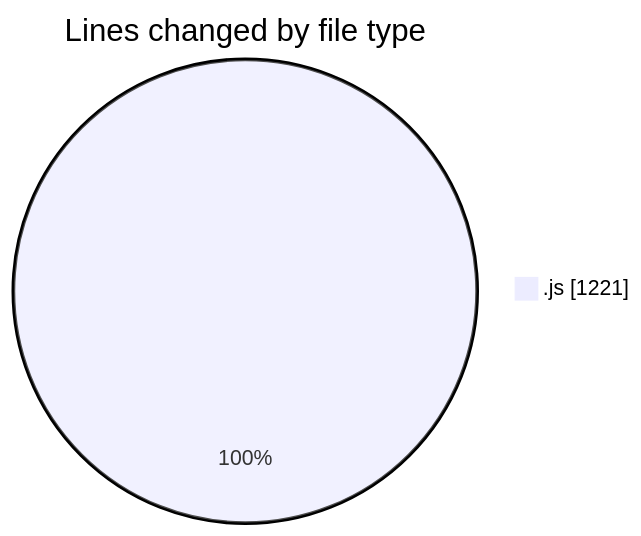
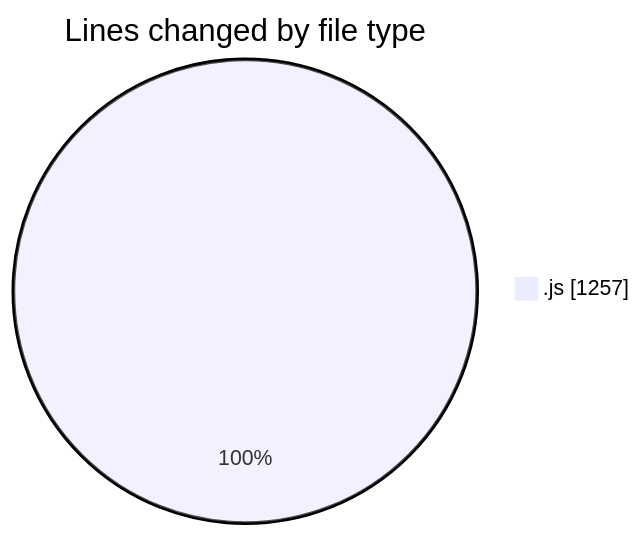
Before and after one commit to nxtqubesakshisongat/code-tracking: the first of 2 diagrams in 2025-11-04/nxtqube_webapp/README.md, drawn with Mermaid. The commit also changed other lines of this file and 1 other file, not shown here.

````diff
--- a/2025-11-04/nxtqube_webapp/README.md
+++ b/2025-11-04/nxtqube_webapp/README.md
@@ -24,5 +24,5 @@
 ```mermaid
 pie showData
 title Lines changed by file type
-".js" : 1221
+".js" : 1257
 ```
````
